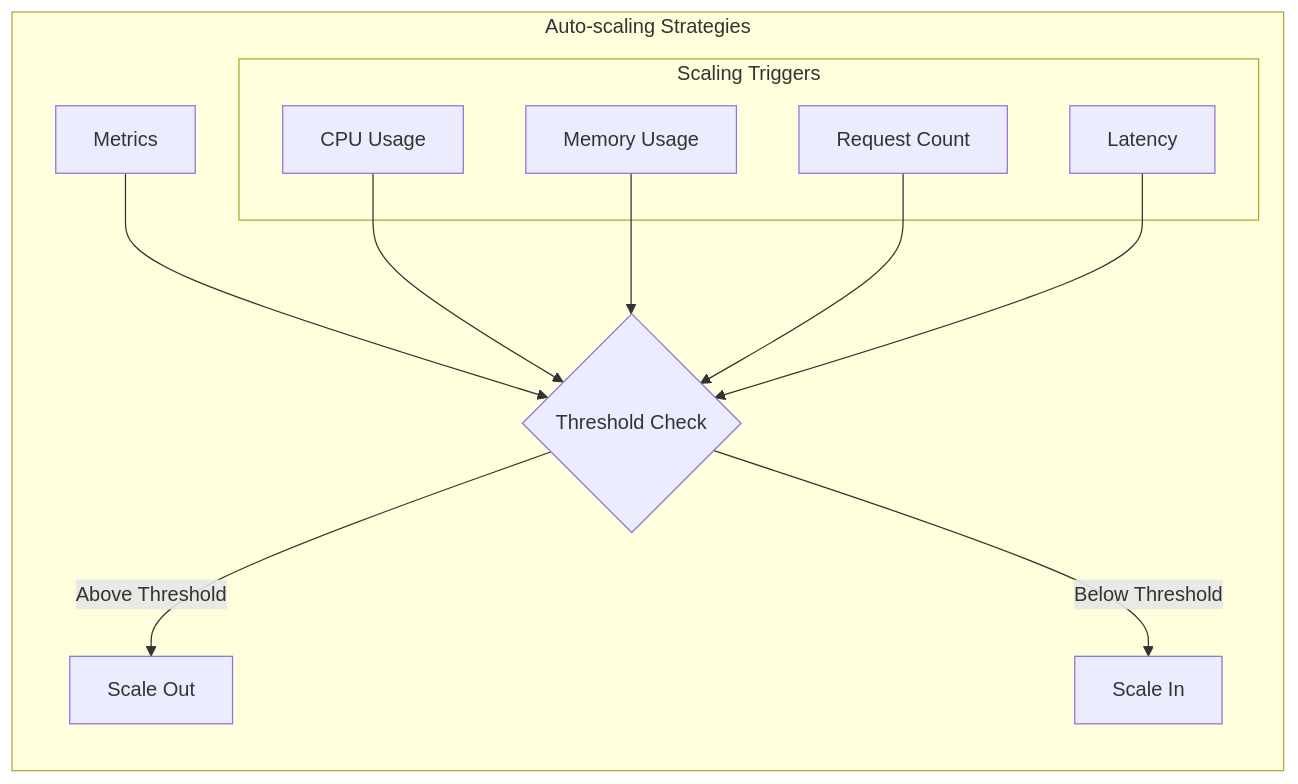
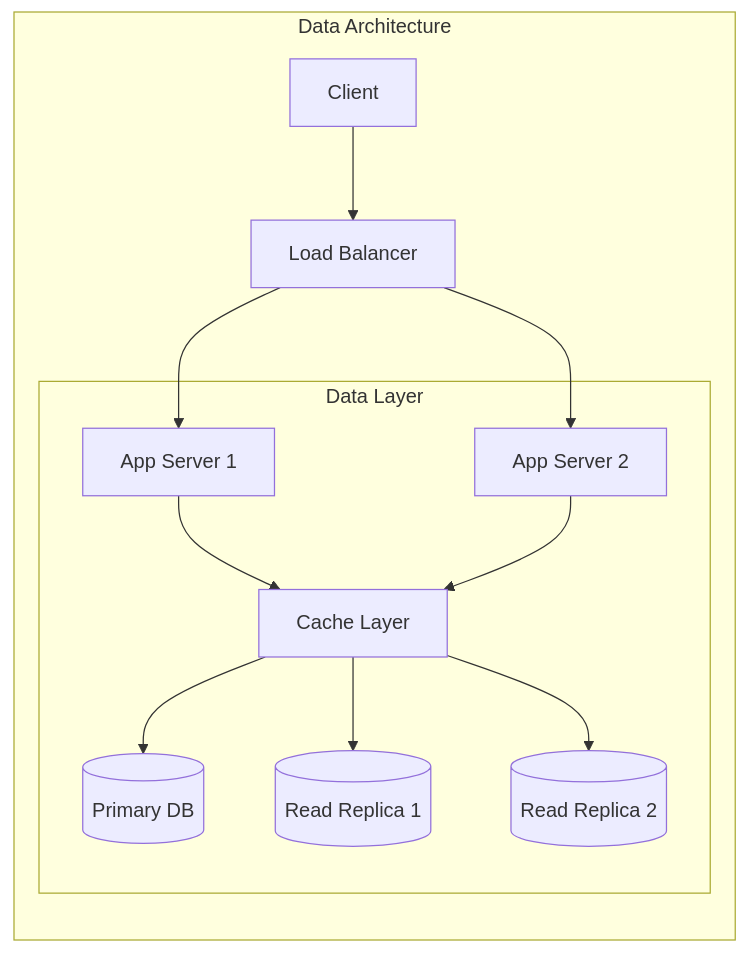
The third of 4 diagrams in src/Scalability_Principles_and_Implementations.md (saravanakumarrc/Architecture_Journey), drawn with Mermaid before and after one commit. The commit also changed other lines of this file and 11 other files, not shown here.

First line of the commit message:
Refactor documentation for scalability, security, service mesh, trade-off analysis, and zero trust architecture

````diff
--- a/src/Scalability_Principles_and_Implementations.md
+++ b/src/Scalability_Principles_and_Implementations.md
@@ -106,22 +54,18 @@
 ```mermaid
-flowchart TB
-    subgraph "Auto-scaling Strategies"
+graph TB
+    subgraph "Data Architecture"
         direction TB
         
-        M[Metrics] --> T{Threshold Check}
-        T -->|Above Threshold| S[Scale Out]
-        T -->|Below Threshold| I[Scale In]
+        C[Client] --> LB[Load Balancer]
+        LB --> A1[App Server 1]
+        LB --> A2[App Server 2]
         
-        subgraph "Scaling Triggers"
-            CPU[CPU Usage]
-            MEM[Memory Usage]
-            REQ[Request Count]
-            LAT[Latency]
+        subgraph "Data Layer"
+            A1 --> Cache[Cache Layer]
+            A2 --> Cache
+            Cache --> DB1[(Primary DB)]
+            Cache --> DB2[(Read Replica 1)]
+            Cache --> DB3[(Read Replica 2)]
         end
-        
-        CPU --> T
-        MEM --> T
-        REQ --> T
-        LAT --> T
     end
 ```
````
